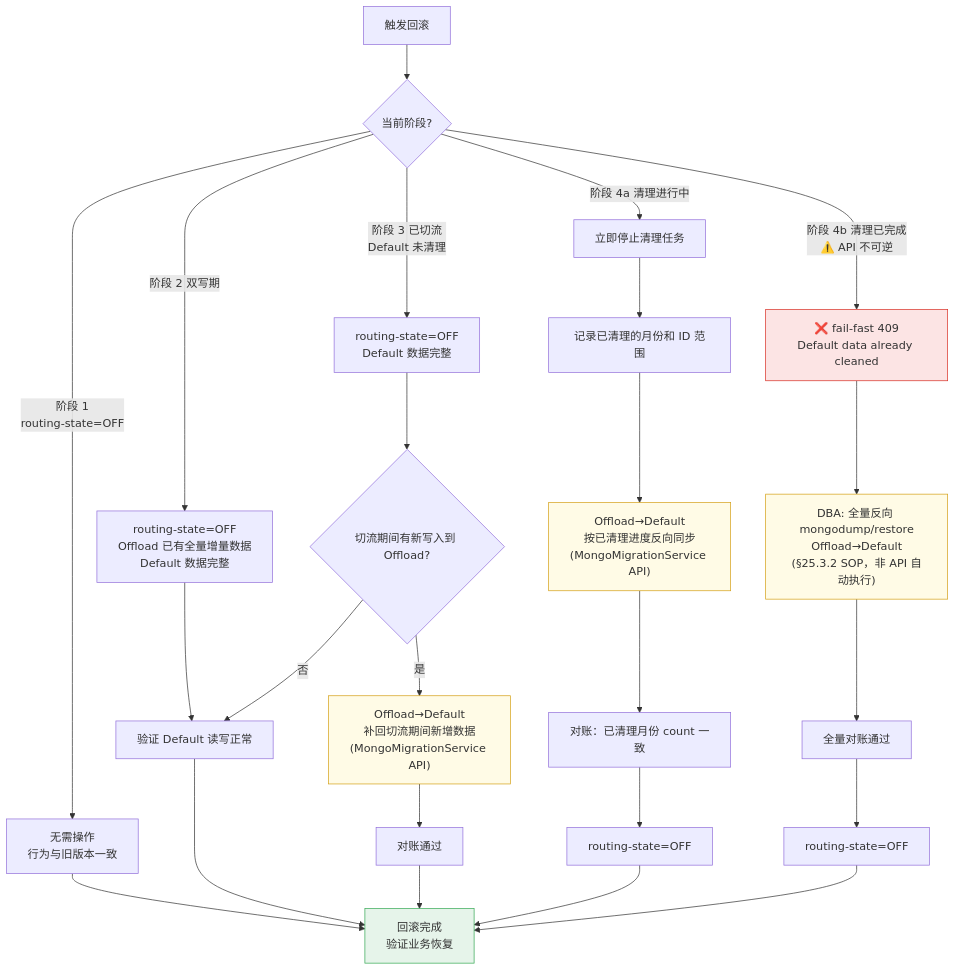
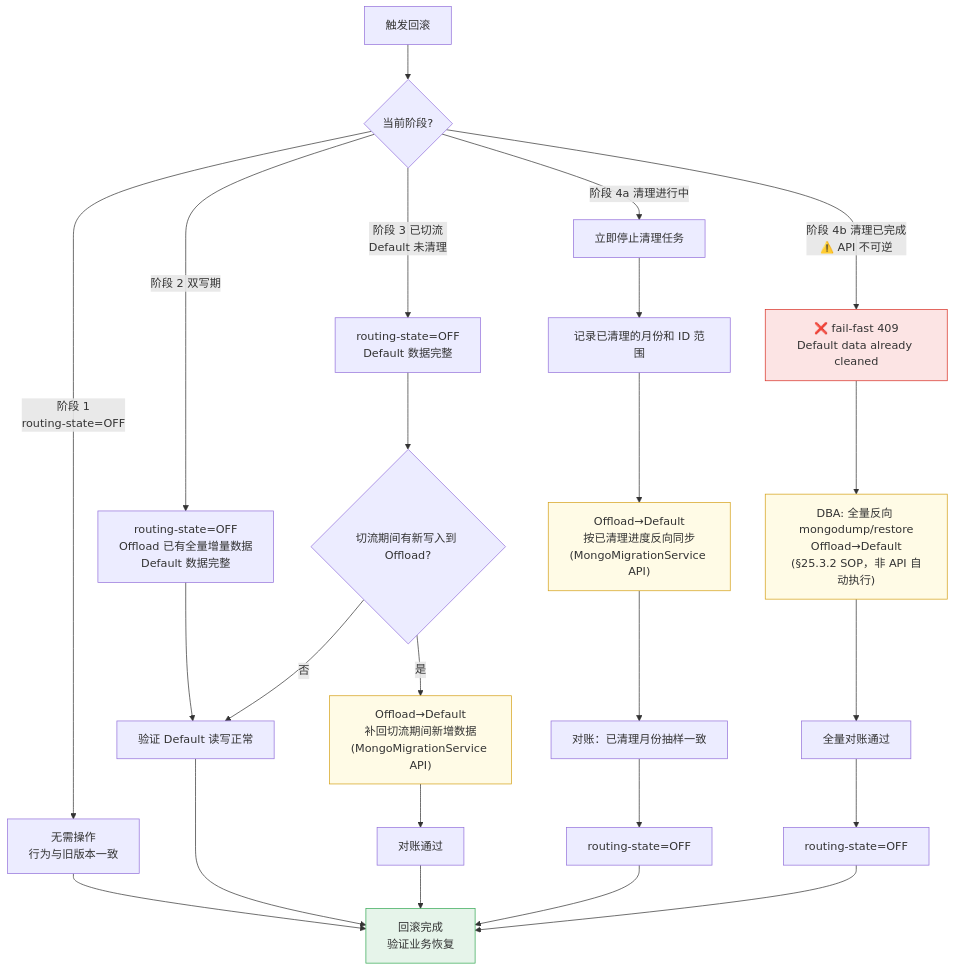
One commit to TencentBlueKing/bk-repo changed the fourth of 5 diagrams in docs/specification/mongodb-node-sharding-pattern1-oplog.md. Above: the diagram before and after it, drawn with Mermaid. The commit also changed other lines of this file and 124 other files, not shown here.

````diff
--- a/docs/specification/mongodb-node-sharding-pattern1-oplog.md
+++ b/docs/specification/mongodb-node-sharding-pattern1-oplog.md
@@ -219,39 +217,39 @@
 ```mermaid
 flowchart TD
     A["触发回滚"] --> B{"当前阶段?"}
 
     B -- "阶段 1\nrouting-state=OFF" --> C1["无需操作\n行为与旧版本一致"]
     C1 --> DONE
 
     B -- "阶段 2 双写期" --> C2["routing-state=OFF\nOffload 已有全量增量数据\nDefault 数据完整"]
     C2 --> VERIFY1["验证 Default 读写正常"]
     VERIFY1 --> DONE
 
     B -- "阶段 3 已切流\nDefault 未清理" --> C4["routing-state=OFF\nDefault 数据完整"]
     C4 --> C4A{"切流期间有新写入到 Offload?"}
     C4A -- 否 --> VERIFY1
     C4A -- 是 --> C4B["Offload→Default\n补回切流期间新增数据\n(MongoMigrationService API)"]
     C4B --> C4C["对账通过"]
     C4C --> DONE
 
     B -- "阶段 4a 清理进行中" --> C5["立即停止清理任务"]
     C5 --> C5A["记录已清理的月份和 ID 范围"]
     C5A --> C5B["Offload→Default\n按已清理进度反向同步\n(MongoMigrationService API)"]
-    C5B --> C5C["对账：已清理月份 count 一致"]
+    C5B --> C5C["对账：已清理月份抽样一致"]
     C5C --> C5D["routing-state=OFF"]
     C5D --> DONE
 
     B -- "阶段 4b 清理已完成\n⚠️ API 不可逆" --> C6["❌ fail-fast 409\nDefault data already cleaned"]
     C6 --> C6A["DBA: 全量反向 mongodump/restore\nOffload→Default\n(§25.3.2 SOP，非 API 自动执行)"]
     C6A --> C6B["全量对账通过"]
     C6B --> C6C["routing-state=OFF"]
     C6C --> DONE
 
     DONE["回滚完成\n验证业务恢复"]
 
     style DONE fill:#e6f4ea,stroke:#34a853
     style C6 fill:#fce4e4,stroke:#d93025
     style C6A fill:#fffbe6,stroke:#d4a017
     style C4B fill:#fffbe6,stroke:#d4a017
     style C5B fill:#fffbe6,stroke:#d4a017
 ```
````
